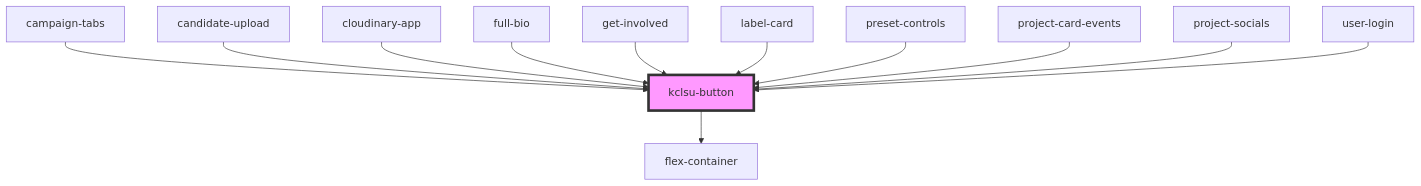
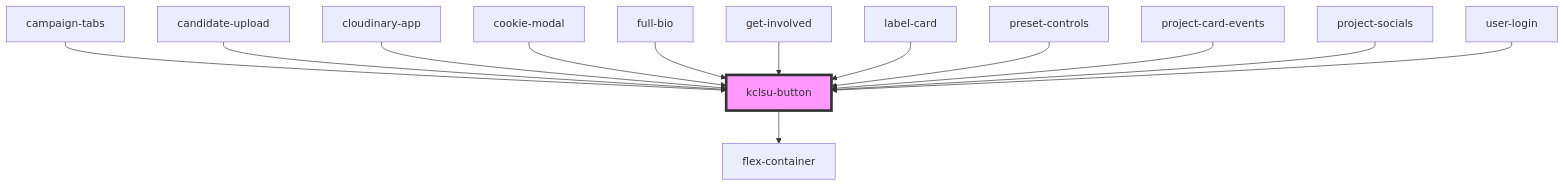
Before and after one commit to dev-kylo/component_library: the diagram in src/components/buttons/kclsu-button/readme.md, drawn with Mermaid. The commit also changed other lines of this file and 4 other files, not shown here.

````diff
--- a/src/components/buttons/kclsu-button/readme.md
+++ b/src/components/buttons/kclsu-button/readme.md
@@ -68,15 +69,16 @@
 ```mermaid
 graph TD;
   kclsu-button --> flex-container
   campaign-tabs --> kclsu-button
   candidate-upload --> kclsu-button
   cloudinary-app --> kclsu-button
+  cookie-modal --> kclsu-button
   full-bio --> kclsu-button
   get-involved --> kclsu-button
   label-card --> kclsu-button
   preset-controls --> kclsu-button
   project-card-events --> kclsu-button
   project-socials --> kclsu-button
   user-login --> kclsu-button
   style kclsu-button fill:#f9f,stroke:#333,stroke-width:4px
 ```
````
